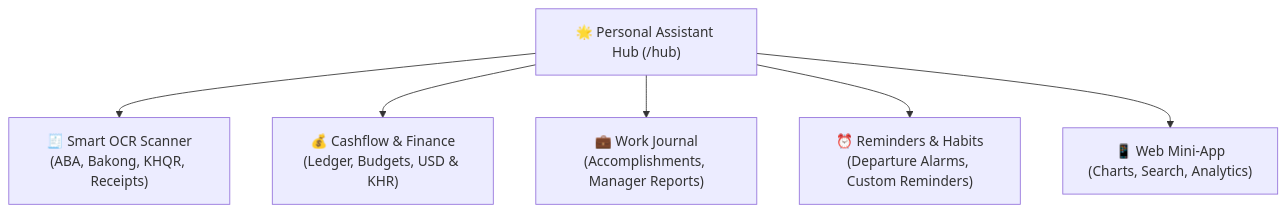
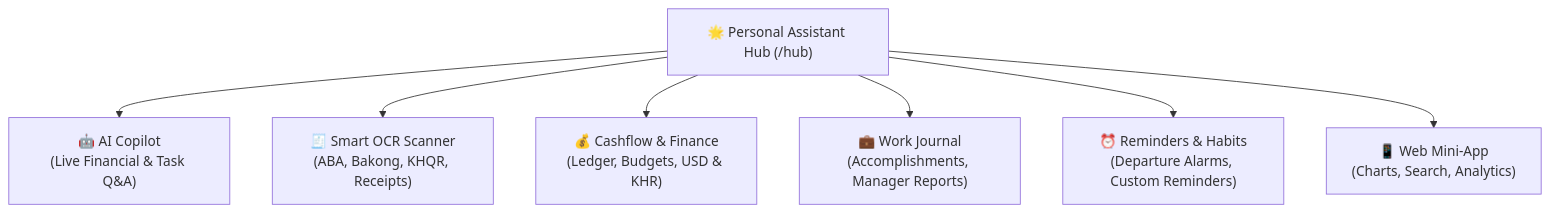
One commit to Sopheaktraleng/assistant-bot changed the first of 2 diagrams in README.md. Above: the diagram before and after it, drawn with Mermaid. The commit also changed other lines of this file and 1 other file, not shown here.

Commit message:
feat: implement AI Financial & Work Copilot conversational Q&A

````diff
--- a/README.md
+++ b/README.md
@@ -19,9 +19,10 @@
 ```mermaid
 graph TD
     Hub["🌟 Personal Assistant Hub (/hub)"]
+    Hub --> Copilot["🤖 AI Copilot<br/>(Live Financial & Task Q&A)"]
     Hub --> Scanner["🧾 Smart OCR Scanner<br/>(ABA, Bakong, KHQR, Receipts)"]
     Hub --> Finance["💰 Cashflow & Finance<br/>(Ledger, Budgets, USD & KHR)"]
     Hub --> Work["💼 Work Journal<br/>(Accomplishments, Manager Reports)"]
     Hub --> Alarms["⏰ Reminders & Habits<br/>(Departure Alarms, Custom Reminders)"]
     Hub --> Dashboard["📱 Web Mini-App<br/>(Charts, Search, Analytics)"]
 ```
````
